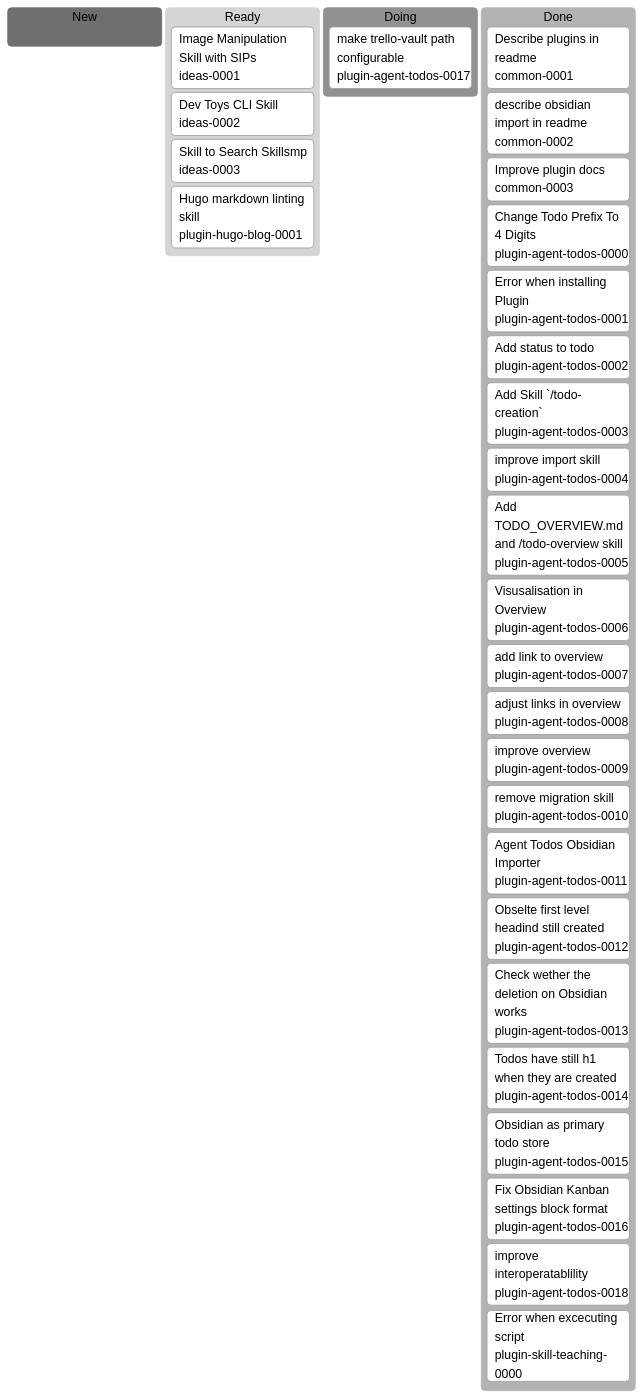
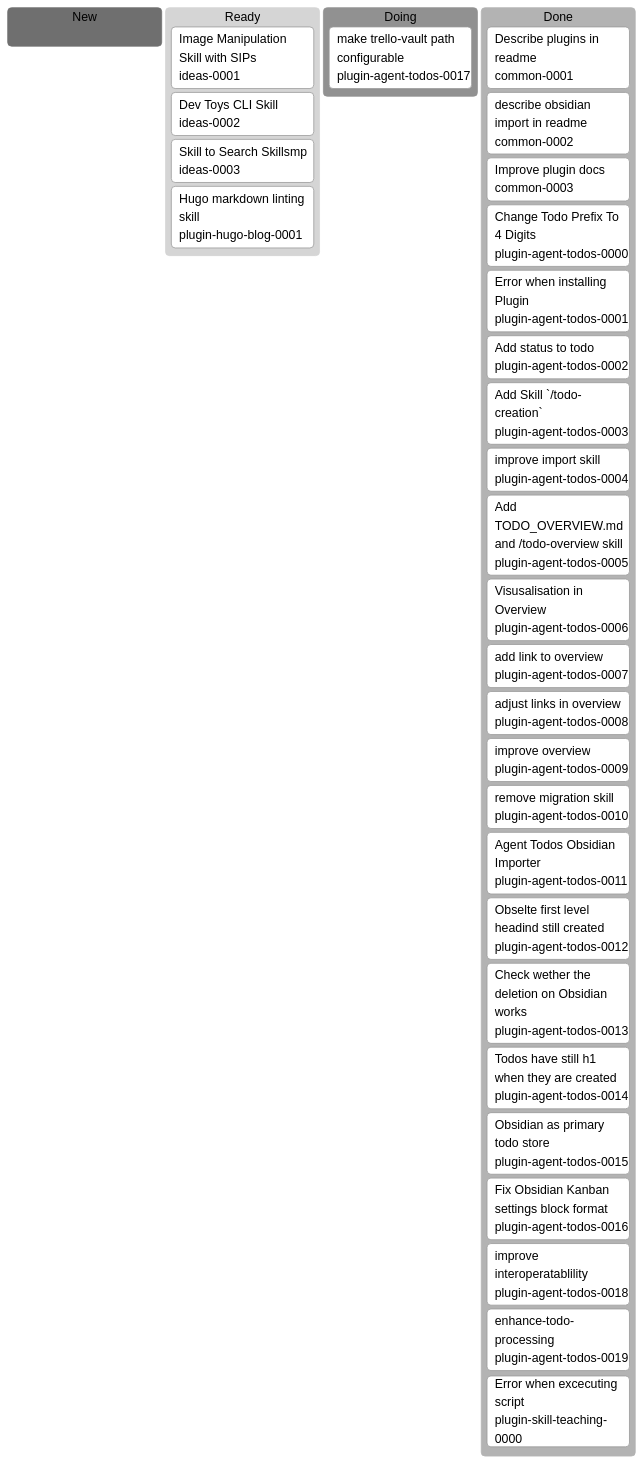
Before and after one commit to erich3000/ji-agent-skills: the diagram in docs/agent-todos/TODO_OVERVIEW.md, drawn with Mermaid. The commit also changed other lines of this file and 4 other files, not shown here.

Commit message:
update todo-processing and metadata

````diff
--- a/docs/agent-todos/TODO_OVERVIEW.md
+++ b/docs/agent-todos/TODO_OVERVIEW.md
@@ -7,36 +7,37 @@
 ```mermaid
 %%{init: {"theme":"neutral"}}%%
 kanban
   new[New]
 
   ready[Ready]
     ideas-0001[Image Manipulation Skill with SIPs]@{ ticket: ideas-0001 }
     ideas-0002[Dev Toys CLI Skill]@{ ticket: ideas-0002 }
     ideas-0003[Skill to Search Skillsmp]@{ ticket: ideas-0003 }
     plugin-hugo-blog-0001[Hugo markdown linting skill]@{ ticket: plugin-hugo-blog-0001 }
   doing[Doing]
     plugin-agent-todos-0017[make trello-vault path configurable]@{ ticket: plugin-agent-todos-0017 }
   done[Done]
     common-0001[Describe plugins in readme]@{ ticket: common-0001 }
     common-0002[describe obsidian import in readme]@{ ticket: common-0002 }
     common-0003[Improve plugin docs]@{ ticket: common-0003 }
     plugin-agent-todos-0000[Change Todo Prefix To 4 Digits]@{ ticket: plugin-agent-todos-0000 }
     plugin-agent-todos-0001[Error when installing Plugin]@{ ticket: plugin-agent-todos-0001 }
     plugin-agent-todos-0002[Add status to todo]@{ ticket: plugin-agent-todos-0002 }
     plugin-agent-todos-0003[Add Skill `/todo-creation`]@{ ticket: plugin-agent-todos-0003 }
     plugin-agent-todos-0004[improve import skill]@{ ticket: plugin-agent-todos-0004 }
     plugin-agent-todos-0005[Add TODO_OVERVIEW.md and /todo-overview skill]@{ ticket: plugin-agent-todos-0005 }
     plugin-agent-todos-0006[Visusalisation in Overview]@{ ticket: plugin-agent-todos-0006 }
     plugin-agent-todos-0007[add link to overview]@{ ticket: plugin-agent-todos-0007 }
     plugin-agent-todos-0008[adjust links in overview]@{ ticket: plugin-agent-todos-0008 }
     plugin-agent-todos-0009[improve overview]@{ ticket: plugin-agent-todos-0009 }
     plugin-agent-todos-0010[remove migration skill]@{ ticket: plugin-agent-todos-0010 }
     plugin-agent-todos-0011[Agent Todos Obsidian Importer]@{ ticket: plugin-agent-todos-0011 }
     plugin-agent-todos-0012[Obselte first level headind still created]@{ ticket: plugin-agent-todos-0012 }
     plugin-agent-todos-0013[Check wether the deletion on Obsidian works]@{ ticket: plugin-agent-todos-0013 }
     plugin-agent-todos-0014[Todos have still h1 when they are created]@{ ticket: plugin-agent-todos-0014 }
     plugin-agent-todos-0015[Obsidian as primary todo store]@{ ticket: plugin-agent-todos-0015 }
     plugin-agent-todos-0016[Fix Obsidian Kanban settings block format]@{ ticket: plugin-agent-todos-0016 }
     plugin-agent-todos-0018[improve interoperatablility]@{ ticket: plugin-agent-todos-0018 }
+    plugin-agent-todos-0019[enhance-todo-processing]@{ ticket: plugin-agent-todos-0019 }
     plugin-skill-teaching-0000[Error when excecuting script]@{ ticket: plugin-skill-teaching-0000 }
 ```
````
